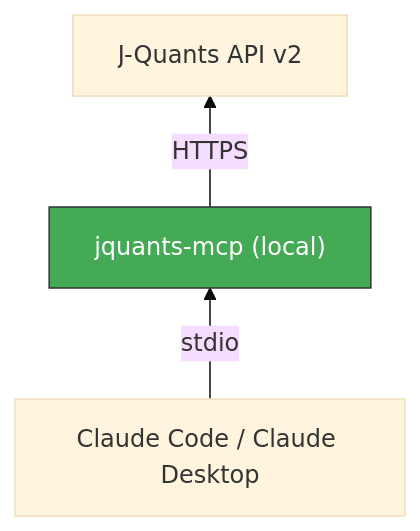
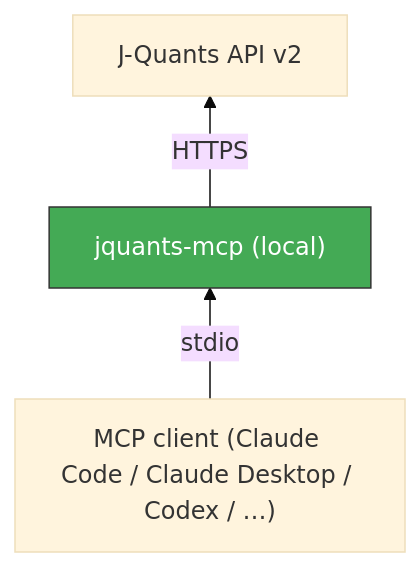
Before and after one commit to shigechika/jquants-mcp: the second of 5 diagrams in docs/deploy/README.md, drawn with Mermaid (base theme). The commit also changed other lines of this file and 15 other files, not shown here.

First line of the commit message:
docs: show jquants-mcp works with non-Claude MCP clients (Codex, Meta Muse) (#644)

````diff
--- a/docs/deploy/README.md
+++ b/docs/deploy/README.md
@@ -42,11 +42,11 @@
 ```mermaid
 graph BT
     C["J-Quants API v2"]
     B["jquants-mcp (local)"]
-    A["Claude Code / Claude Desktop"]
+    A["MCP client (Claude Code / Claude Desktop / Codex / …)"]
 
     A -->|stdio| B
     B -->|HTTPS| C
 
     style B fill:#4a5,stroke:#333,color:#fff
 ```
````
